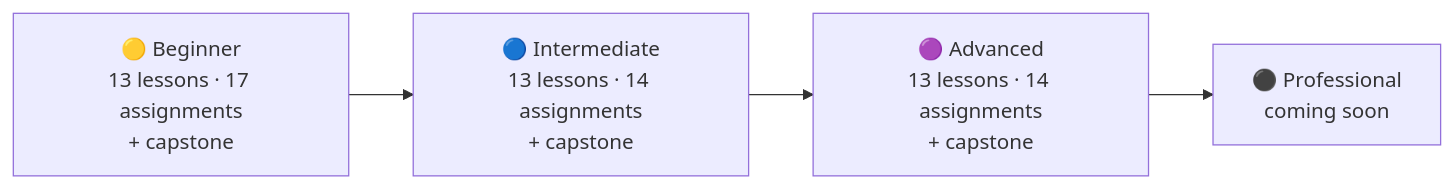
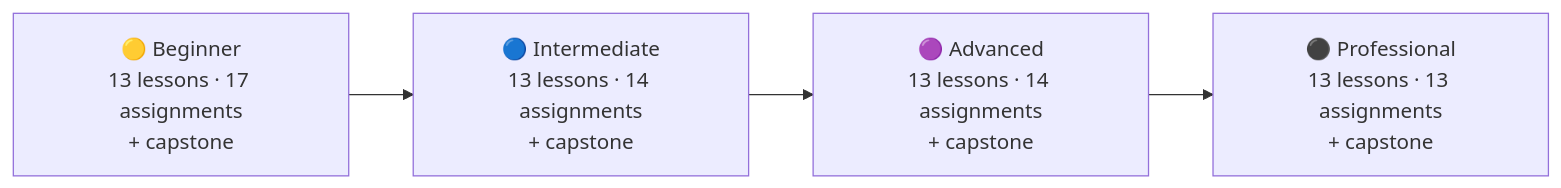
The first of 2 diagrams in README.md (ExNNeph/python-learning-path), drawn with Mermaid before and after one commit. The commit also changed other lines of this file, not shown here.

Commit message:
Mark the Professional level as available: roadmap, layout and progress checklist

````diff
--- a/README.md
+++ b/README.md
@@ -41,6 +41,6 @@
 ```mermaid
 flowchart LR
     B["🟡 Beginner<br/>13 lessons · 17 assignments<br/>+ capstone"] --> I["🔵 Intermediate<br/>13 lessons · 14 assignments<br/>+ capstone"]
     I --> A["🟣 Advanced<br/>13 lessons · 14 assignments<br/>+ capstone"]
-    A --> P["⚫ Professional<br/>coming soon"]
+    A --> P["⚫ Professional<br/>13 lessons · 13 assignments<br/>+ capstone"]
 ```
````
